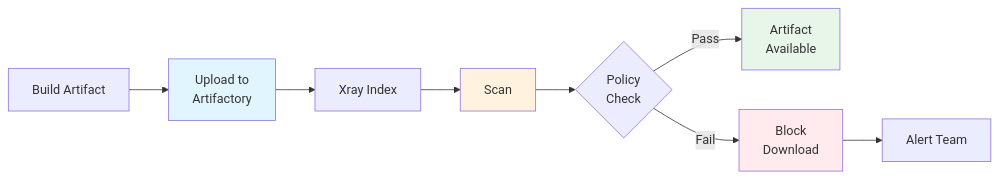
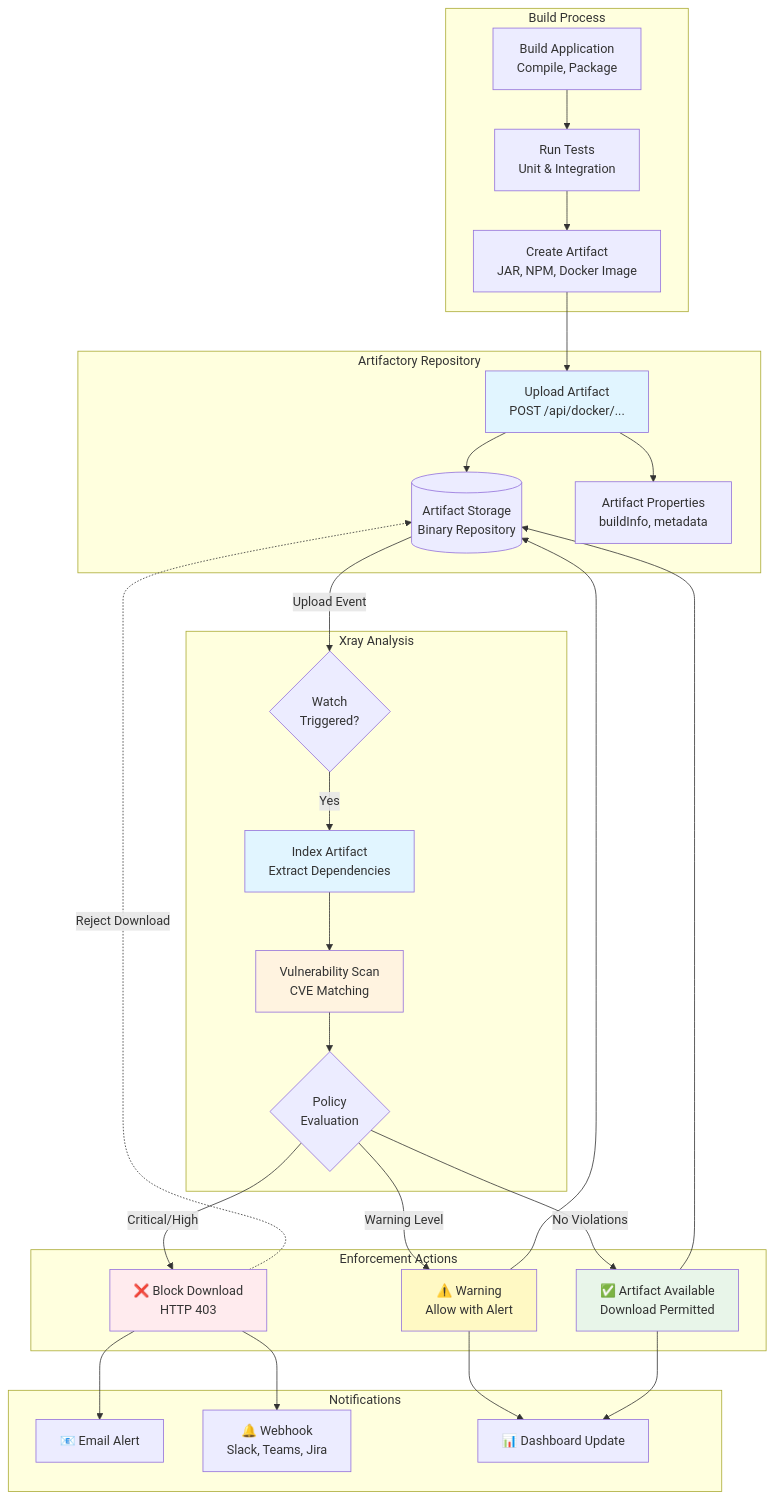
The sixth of 6 diagrams in slides/pages/dev-sonarqube-xray.md (jeanparpaillon/tuto_devops_slides), drawn with Mermaid before and after one commit. The commit also changed other lines of this file, not shown here.

````diff
--- a/slides/pages/dev-sonarqube-xray.md
+++ b/slides/pages/dev-sonarqube-xray.md
@@ -1050,15 +1235,64 @@
 ```mermaid
-flowchart LR
-    Build[Build Artifact] --> Upload[Upload to<br/>Artifactory]
-    Upload --> Index[Xray Index]
-    Index --> Scan[Scan]
-    Scan --> Policy{Policy<br/>Check}
-    Policy -->|Pass| Available[Artifact<br/>Available]
-    Policy -->|Fail| Block[Block<br/>Download]
-    Block --> Alert[Alert Team]
+flowchart TB
+    subgraph Build["Build Process"]
+        BuildApp[Build Application<br/>Compile, Package]
+        RunTests[Run Tests<br/>Unit & Integration]
+        CreateArtifact[Create Artifact<br/>JAR, NPM, Docker Image]
+    end
+    
+    subgraph Artifactory["Artifactory Repository"]
+        Upload[Upload Artifact<br/>POST /api/docker/...]
+        Store[(Artifact Storage<br/>Binary Repository)]
+        Metadata[Artifact Properties<br/>buildInfo, metadata]
+    end
+    
+    subgraph Xray["Xray Analysis"]
+        Watch{Watch<br/>Triggered?}
+        Index[Index Artifact<br/>Extract Dependencies]
+        Scan[Vulnerability Scan<br/>CVE Matching]
+        PolicyCheck{Policy<br/>Evaluation}
+    end
+    
+    subgraph Actions["Enforcement Actions"]
+        Pass[✅ Artifact Available<br/>Download Permitted]
+        Block[❌ Block Download<br/>HTTP 403]
+        Warn[⚠️ Warning<br/>Allow with Alert]
+    end
+    
+    subgraph Notifications["Notifications"]
+        Email[📧 Email Alert]
+        Webhook[🔔 Webhook<br/>Slack, Teams, Jira]
+        Dashboard[📊 Dashboard Update]
+    end
+    
+    BuildApp --> RunTests
+    RunTests --> CreateArtifact
+    CreateArtifact --> Upload
+    Upload --> Store
+    Upload --> Metadata
+    
+    Store -->|Upload Event| Watch
+    Watch -->|Yes| Index
+    Index --> Scan
+    Scan --> PolicyCheck
+    
+    PolicyCheck -->|No Violations| Pass
+    PolicyCheck -->|Critical/High| Block
+    PolicyCheck -->|Warning Level| Warn
+    
+    Pass --> Store
+    Block -.->|Reject Download| Store
+    Warn --> Store
+    
+    Block --> Email
+    Block --> Webhook
+    Warn --> Dashboard
+    Pass --> Dashboard
     
     style Upload fill:#e1f5ff
     style Scan fill:#fff3e0
     style Block fill:#ffebee
-    style Available fill:#e8f5e9
+    style Pass fill:#e8f5e9
+    style Warn fill:#fff9c4
+    style Index fill:#e1f5ff
 ```
````
